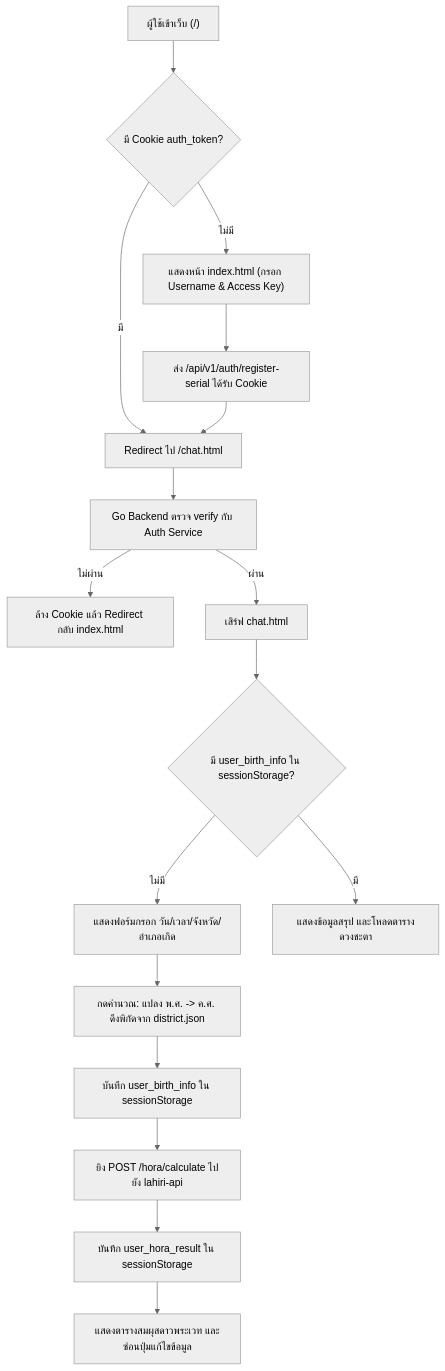
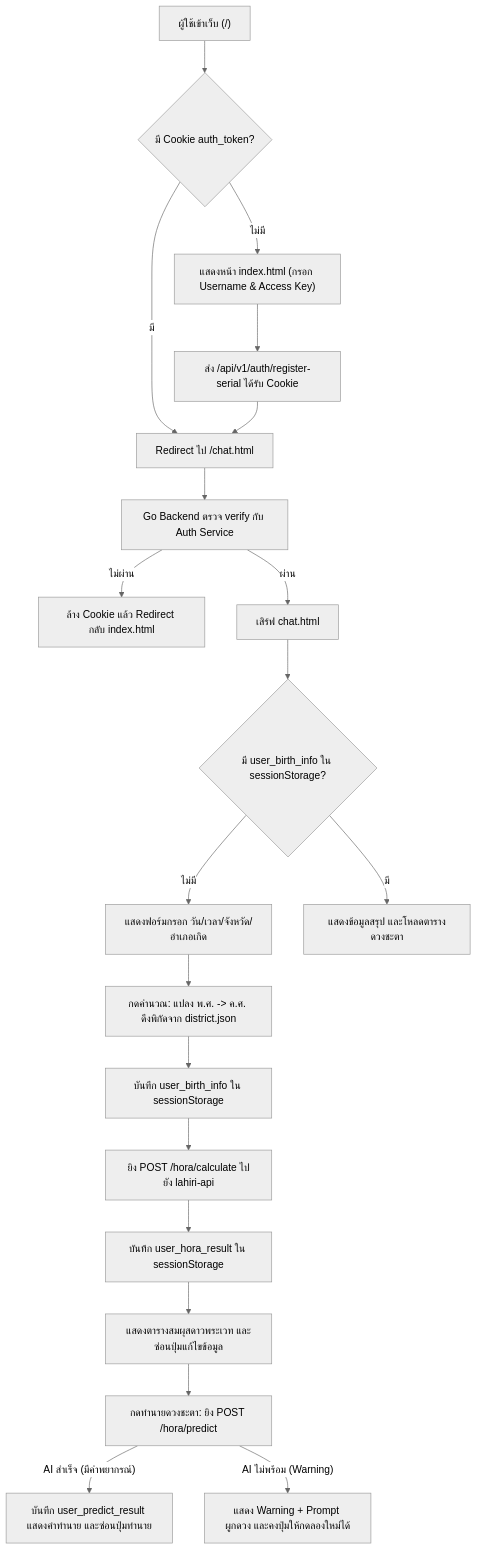
One commit to thanakrit-promsiri/ssr-web changed the diagram in .agents/rules/project-context.md. Above: the diagram before and after it, drawn with Mermaid (neutral theme). The commit also changed other lines of this file and 15 other files, not shown here.

````diff
--- a/.agents/rules/project-context.md
+++ b/.agents/rules/project-context.md
@@ -128,22 +143,25 @@
 ```mermaid
 flowchart TD
     A["ผู้ใช้เข้าเว็บ (/)"] --> B{"มี Cookie auth_token?"}
     B -- มี --> C["Redirect ไป /chat.html"]
     B -- ไม่มี --> D["แสดงหน้า index.html (กรอก Username & Access Key)"]
     D --> E["ส่ง /api/v1/auth/register-serial ได้รับ Cookie"]
     E --> C
 
     C --> F["Go Backend ตรวจ verify กับ Auth Service"]
     F -- ไม่ผ่าน --> G["ล้าง Cookie แล้ว Redirect กลับ index.html"]
     F -- ผ่าน --> H["เสิร์ฟ chat.html"]
 
     H --> I{"มี user_birth_info ใน sessionStorage?"}
     I -- ไม่มี --> J["แสดงฟอร์มกรอก วัน/เวลา/จังหวัด/อำเภอเกิด"]
     I -- มี --> K["แสดงข้อมูลสรุป และโหลดตารางดวงชะตา"]
 
     J --> L["กดคำนวณ: แปลง พ.ศ. -> ค.ศ. ดึงพิกัดจาก district.json"]
     L --> M["บันทึก user_birth_info ใน sessionStorage"]
     M --> N["ยิง POST /hora/calculate ไปยัง lahiri-api"]
     N --> O["บันทึก user_hora_result ใน sessionStorage"]
     O --> P["แสดงตารางสมผุสดาวพระเวท และซ่อนปุ่มแก้ไขข้อมูล"]
+    P --> Q["กดทำนายดวงชะตา: ยิง POST /hora/predict"]
+    Q -- "AI สำเร็จ (มีคำพยากรณ์)" --> R["บันทึก user_predict_result แสดงคำทำนาย และซ่อนปุ่มทำนาย"]
+    Q -- "AI ไม่พร้อม (Warning)" --> S["แสดง Warning + Prompt ผูกดวง และคงปุ่มให้กดลองใหม่ได้"]
 ```
````
